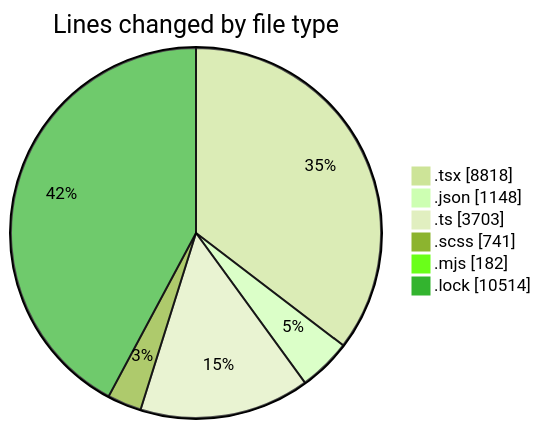
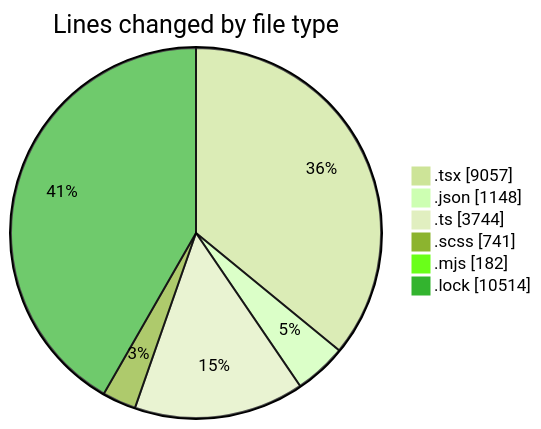
Before and after one commit to momahboobian/code-tracking: the first of 2 diagrams in 2026-05-12/cda/README.md, drawn with Mermaid (forest theme). The commit also changed other lines of this file and 1 other file, not shown here.

````diff
--- a/2026-05-12/cda/README.md
+++ b/2026-05-12/cda/README.md
@@ -52,10 +53,10 @@
 ```mermaid
 pie showData
 title Lines changed by file type
-".tsx" : 8818
+".tsx" : 9057
 ".json" : 1148
-".ts" : 3703
+".ts" : 3744
 ".scss" : 741
 ".mjs" : 182
 ".lock" : 10514
 ```
````
